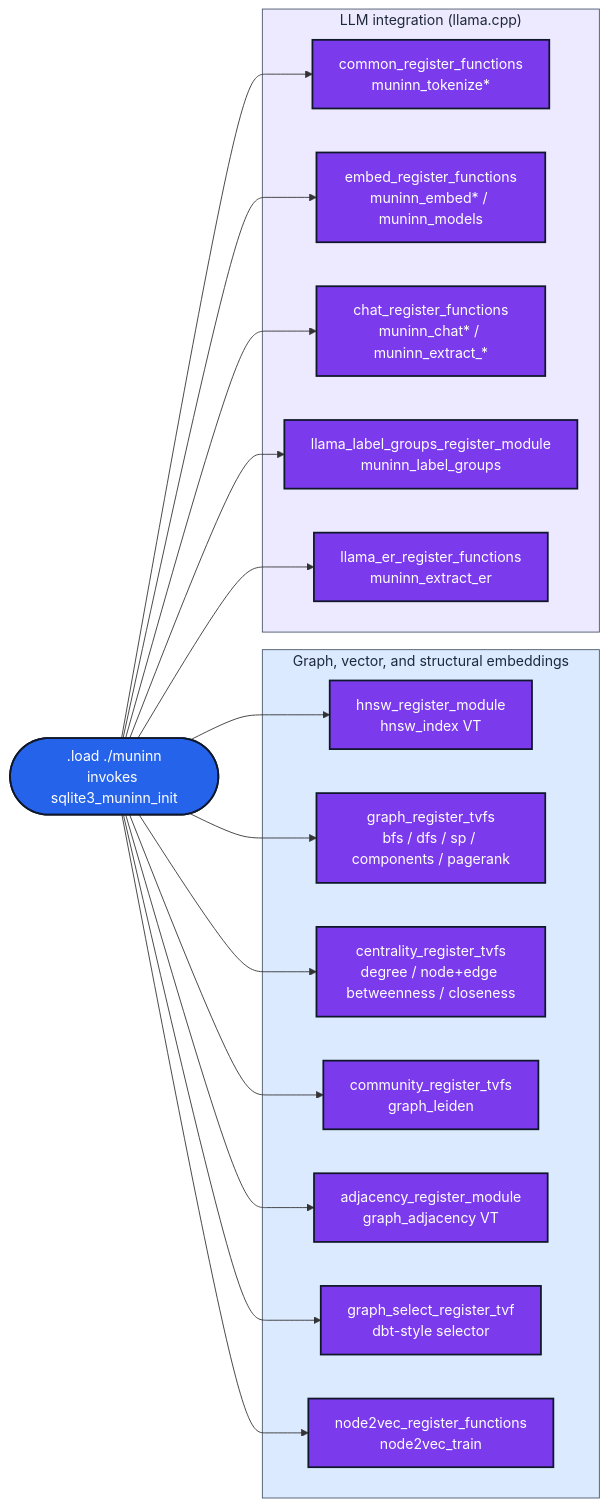
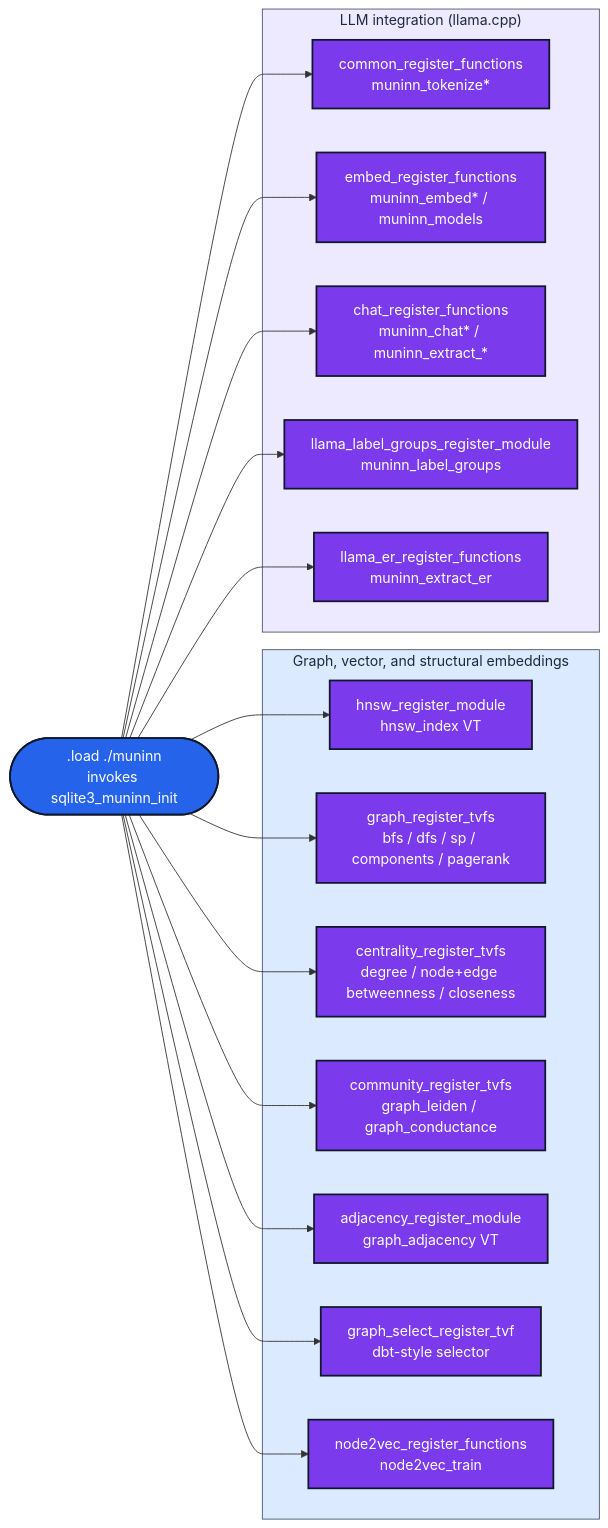
One commit to neozenith/sqlite-muninn changed the second of 8 diagrams in docs/architecture.md. Above: the diagram before and after it, drawn with Mermaid. The commit also changed other lines of this file and 34 other files, not shown here.

First line of the commit message:
feat: graph_conductance TVF, graph_adjacency fixes, C coverage gate, v0.6.0 (#32)

````diff
--- a/docs/architecture.md
+++ b/docs/architecture.md
@@ -44,44 +44,44 @@
 ```mermaid
 flowchart LR
     load([".load ./muninn<br/>invokes sqlite3_muninn_init"]):::ingressPrimary
 
     subgraph core["Graph, vector, and structural embeddings"]
         hnsw["hnsw_register_module<br/>hnsw_index VT"]:::computePrimary
         gtvf["graph_register_tvfs<br/>bfs / dfs / sp / components / pagerank"]:::computePrimary
         cent["centrality_register_tvfs<br/>degree / node+edge betweenness / closeness"]:::computePrimary
-        comm["community_register_tvfs<br/>graph_leiden"]:::computePrimary
+        comm["community_register_tvfs<br/>graph_leiden / graph_conductance"]:::computePrimary
         adj["adjacency_register_module<br/>graph_adjacency VT"]:::computePrimary
         sel["graph_select_register_tvf<br/>dbt-style selector"]:::computePrimary
         n2v["node2vec_register_functions<br/>node2vec_train"]:::computePrimary
     end
 
     subgraph llm_stack["LLM integration (llama.cpp)"]
         common["common_register_functions<br/>muninn_tokenize*"]:::computePrimary
         embed["embed_register_functions<br/>muninn_embed* / muninn_models"]:::computePrimary
         chat["chat_register_functions<br/>muninn_chat* / muninn_extract_*"]:::computePrimary
         labels["llama_label_groups_register_module<br/>muninn_label_groups"]:::computePrimary
         er["llama_er_register_functions<br/>muninn_extract_er"]:::computePrimary
     end
 
     load --> hnsw
     load --> gtvf
     load --> cent
     load --> comm
     load --> adj
     load --> sel
     load --> n2v
     load --> common
     load --> embed
     load --> chat
     load --> labels
     load --> er
 
     classDef ingressPrimary fill:#2563eb,stroke:#0f172a,color:#fff,stroke-width:2px
     classDef computePrimary fill:#7c3aed,stroke:#0f172a,color:#fff,stroke-width:2px
     classDef computeSecondary fill:#c4b5fd,stroke:#0f172a,color:#1e293b,stroke-width:1px
     classDef sgBlue fill:#dbeafe,stroke:#475569,color:#1e293b
     classDef sgViolet fill:#ede9fe,stroke:#475569,color:#1e293b
 
     class core sgBlue
     class llm_stack sgViolet
 ```
````
